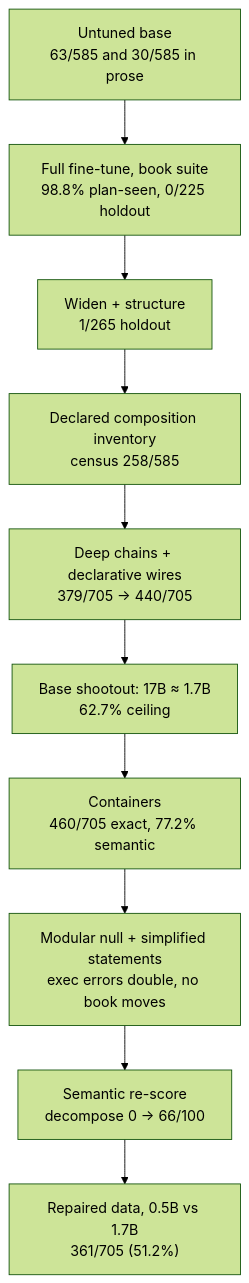
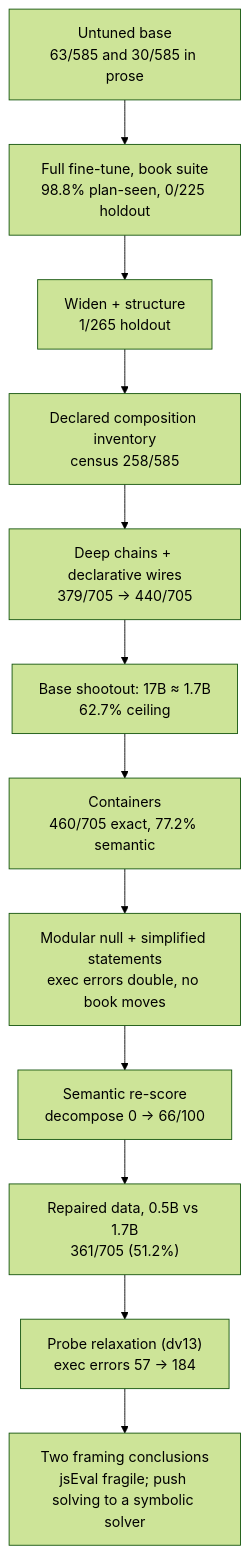
The diagram in docs/article/README.md (ml-circuits-research/sopLang-llm), drawn with Mermaid (forest theme) before and after one commit. The commit also changed other lines of this file and 9 other files, not shown here.

````diff
--- a/docs/article/README.md
+++ b/docs/article/README.md
@@ -20,12 +22,14 @@
 ```mermaid
 graph TD
   A["Untuned base<br/>63/585 and 30/585 in prose"] --> B["Full fine-tune, book suite<br/>98.8% plan-seen, 0/225 holdout"]
   B --> C["Widen + structure<br/>1/265 holdout"]
   C --> D["Declared composition inventory<br/>census 258/585"]
   D --> E["Deep chains + declarative wires<br/>379/705 &rarr; 440/705"]
   E --> F["Base shootout: 17B &asymp; 1.7B<br/>62.7% ceiling"]
   F --> G["Containers<br/>460/705 exact, 77.2% semantic"]
   G --> H["Modular null + simplified statements<br/>exec errors double, no book moves"]
   H --> I["Semantic re-score<br/>decompose 0 &rarr; 66/100"]
   I --> J["Repaired data, 0.5B vs 1.7B<br/>361/705 (51.2%)"]
+  J --> K["Probe relaxation (dv13)<br/>exec errors 57 &rarr; 184"]
+  K --> L["Two framing conclusions<br/>jsEval fragile; push solving to a symbolic solver"]
 ```
````
